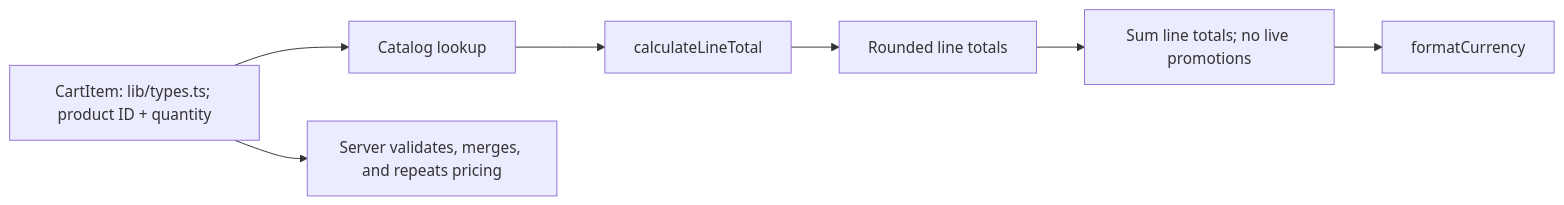
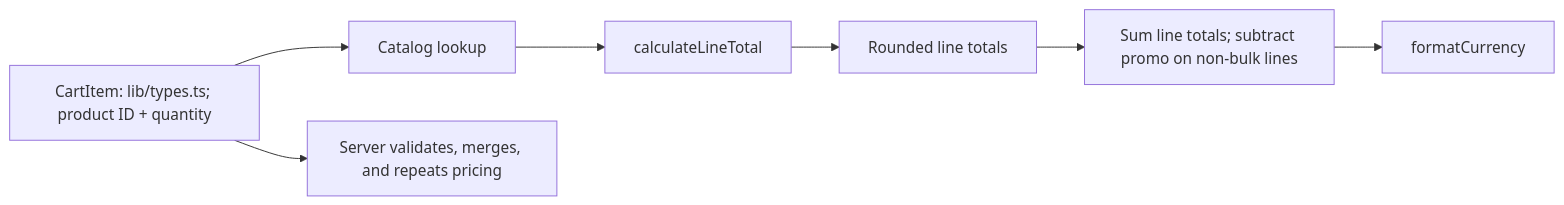
One commit to FactoryDemo/demo-storefront-practice changed the diagram in droid-wiki/features/cart-pricing.md. Above: the diagram before and after it, drawn with Mermaid. The commit also changed other lines of this file and 16 other files, not shown here.

````diff
--- a/droid-wiki/features/cart-pricing.md
+++ b/droid-wiki/features/cart-pricing.md
@@ -22,9 +22,9 @@
 ```mermaid
 graph LR
   Items["CartItem: lib/types.ts; product ID + quantity"] --> Lookup["Catalog lookup"]
   Lookup --> Line["calculateLineTotal"]
   Line --> Rounded["Rounded line totals"]
-  Rounded --> Total["Sum line totals; no live promotions"]
+  Rounded --> Total["Sum line totals; subtract promo on non-bulk lines"]
   Total --> Display["formatCurrency"]
   Items --> Server["Server validates, merges, and repeats pricing"]
 ```
````
